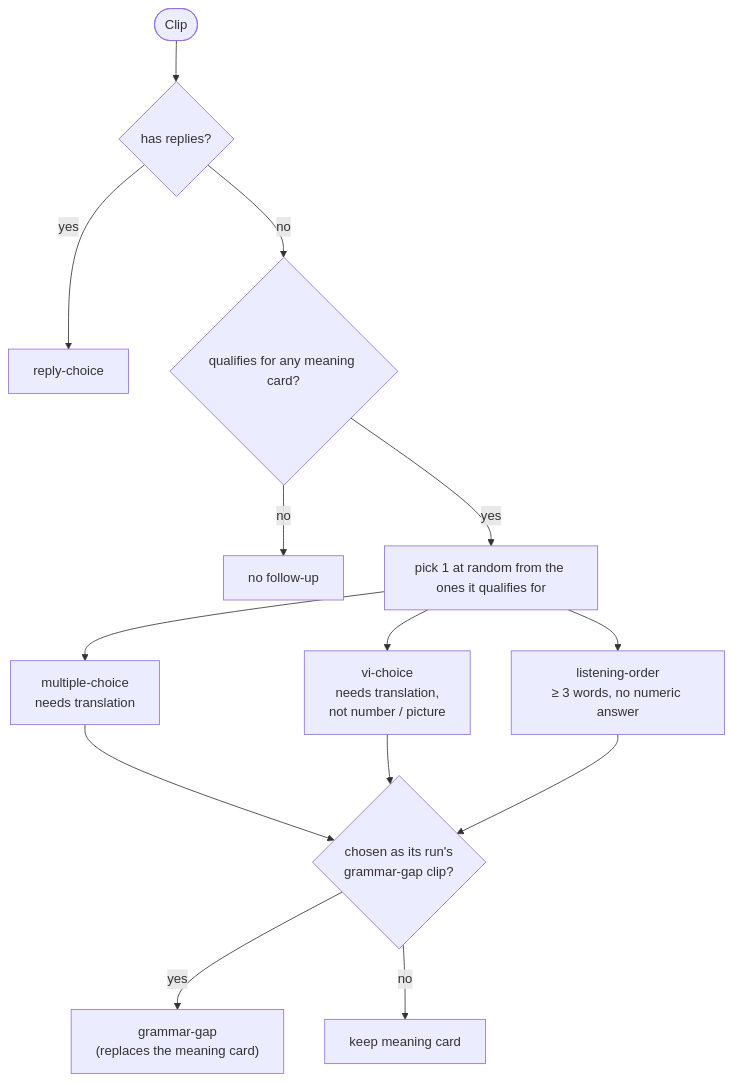
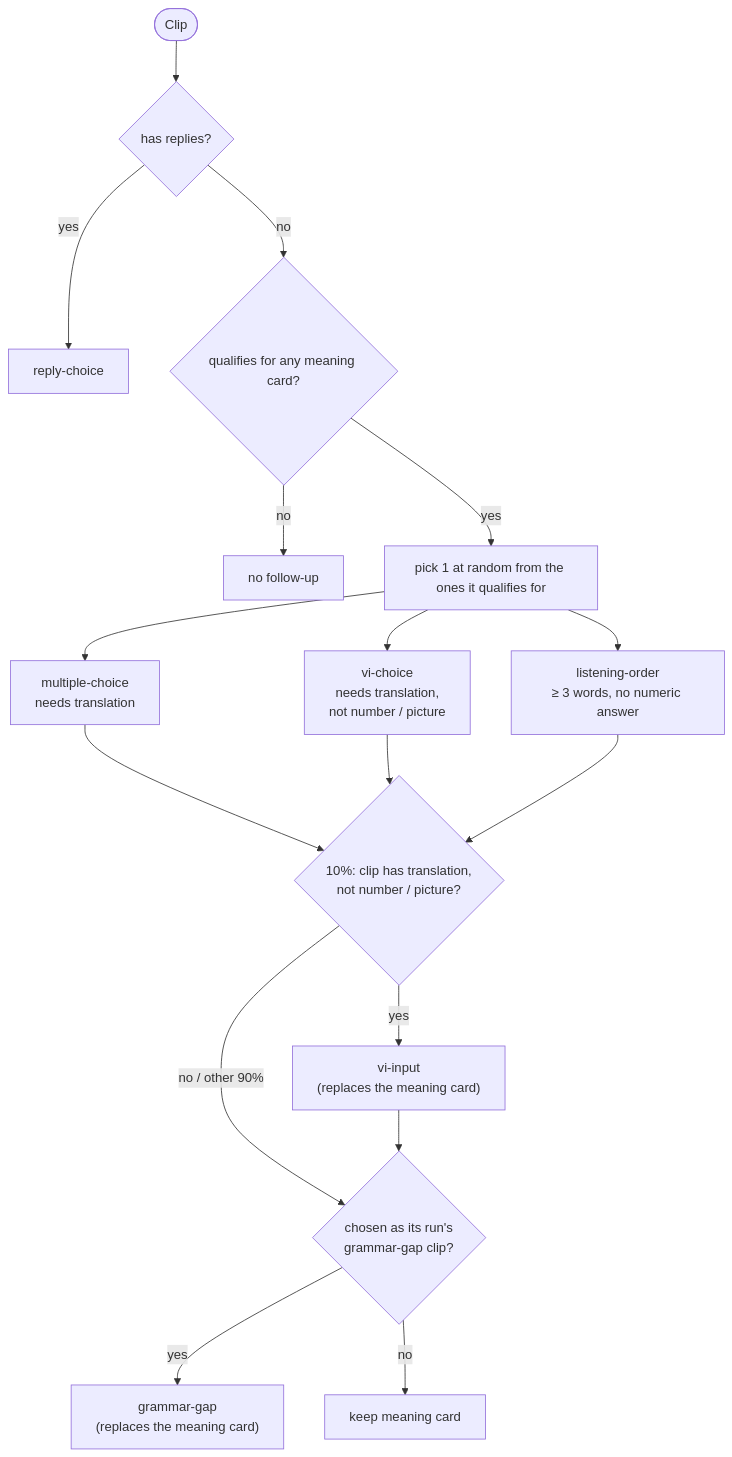
The third of 4 diagrams in docs/PRACTICE_CARDS.md (BienNg/nanu-academy-hoeren), drawn with Mermaid before and after one commit. The commit also changed other lines of this file and 2 other files, not shown here.

First line of the commit message:
Update Practice Cards Documentation and Logic for vi-input Card

````diff
--- a/docs/PRACTICE_CARDS.md
+++ b/docs/PRACTICE_CARDS.md
@@ -102,14 +102,17 @@
 ```mermaid
 flowchart TD
   start(["Clip"]) --> r{"has replies?"}
   r -- yes --> reply["reply-choice"]
   r -- no --> q{"qualifies for any meaning card?"}
   q -- no --> none["no follow-up"]
   q -- yes --> pick["pick 1 at random from the ones it qualifies for"]
   pick --> mc["multiple-choice<br/>needs translation"]
   pick --> vi["vi-choice<br/>needs translation,<br/>not number / picture"]
   pick --> lo["listening-order<br/>≥ 3 words, no numeric answer"]
-  mc & vi & lo --> gq{"chosen as its run's<br/>grammar-gap clip?"}
+  mc & vi & lo --> vq{"10%: clip has translation,<br/>not number / picture?"}
+  vq -- yes --> viin["vi-input<br/>(replaces the meaning card)"]
+  vq -- "no / other 90%" --> gq{"chosen as its run's<br/>grammar-gap clip?"}
+  viin --> gq
   gq -- yes --> gap["grammar-gap<br/>(replaces the meaning card)"]
   gq -- no --> keep["keep meaning card"]
 ```
````
